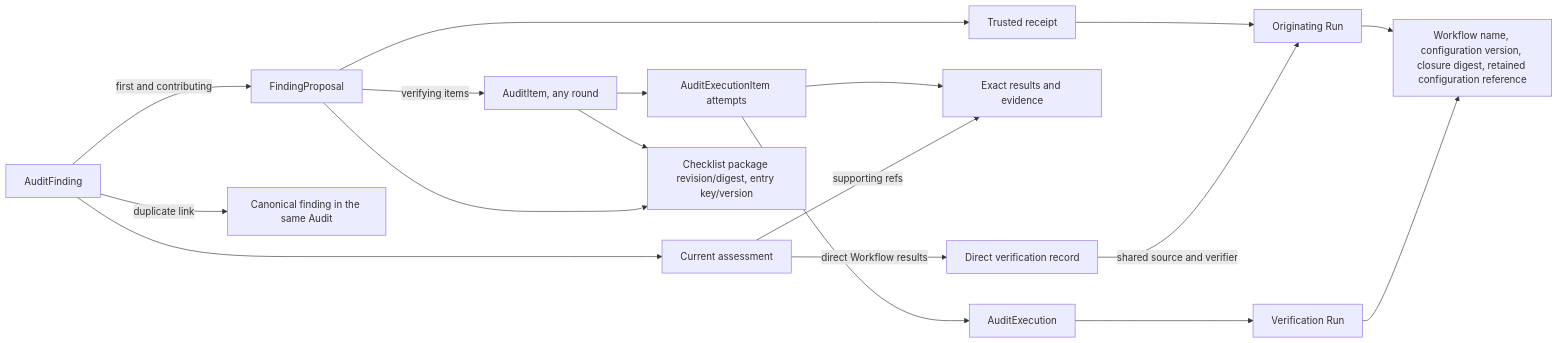
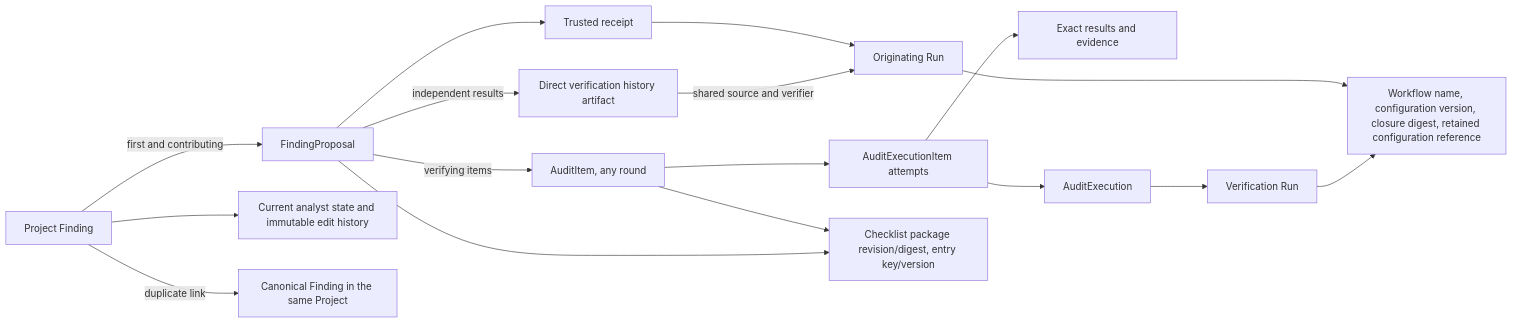
Before and after one commit to grauwolf32/contractor: the third of 3 diagrams in docs/spec/audits/review-and-reports.md, drawn with Mermaid. The commit also changed other lines of this file and 299 other files, not shown here.

First line of the commit message:
refactor(findings): checkpoint canonical Project ownership and consumer migration

````diff
--- a/docs/spec/audits/review-and-reports.md
+++ b/docs/spec/audits/review-and-reports.md
@@ -176,20 +175,19 @@
 ```mermaid
 flowchart LR
-    F["AuditFinding"] -->|first and contributing| P["FindingProposal"]
+    F["Project Finding"] -->|first and contributing| P["FindingProposal"]
     P --> R["Trusted receipt"]
     R --> OR["Originating Run"]
     P -->|verifying items| I["AuditItem, any round"]
     I --> A["AuditExecutionItem attempts"]
     A --> RE["Exact results and evidence"]
     A --> E["AuditExecution"]
     E --> VR["Verification Run"]
-    F --> AS["Current assessment"]
-    AS -->|supporting refs| RE
-    AS -->|direct Workflow results| DV["Direct verification record"]
+    F --> AS["Current analyst state and immutable edit history"]
+    P -->|independent results| DV["Direct verification history artifact"]
     DV -->|shared source and verifier| OR
     OR --> W["Workflow name, configuration version, closure digest, retained configuration reference"]
     VR --> W
     I --> CL["Checklist package revision/digest, entry key/version"]
     P --> CL
-    F -->|duplicate link| CT["Canonical finding in the same Audit"]
+    F -->|duplicate link| CT["Canonical Finding in the same Project"]
 ```
````
